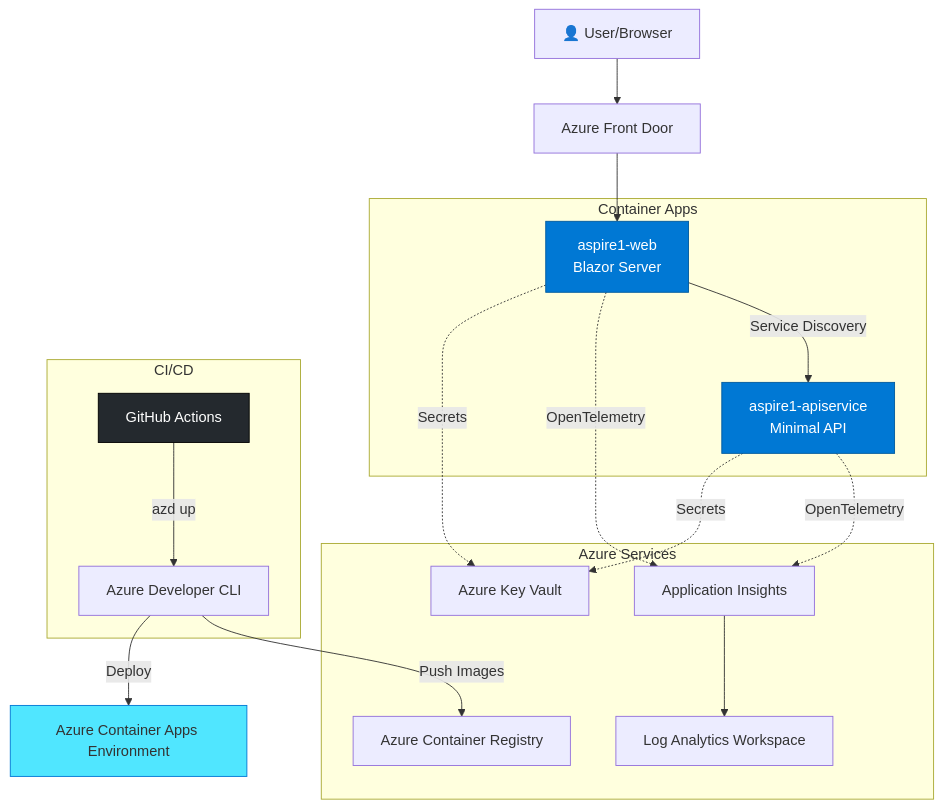
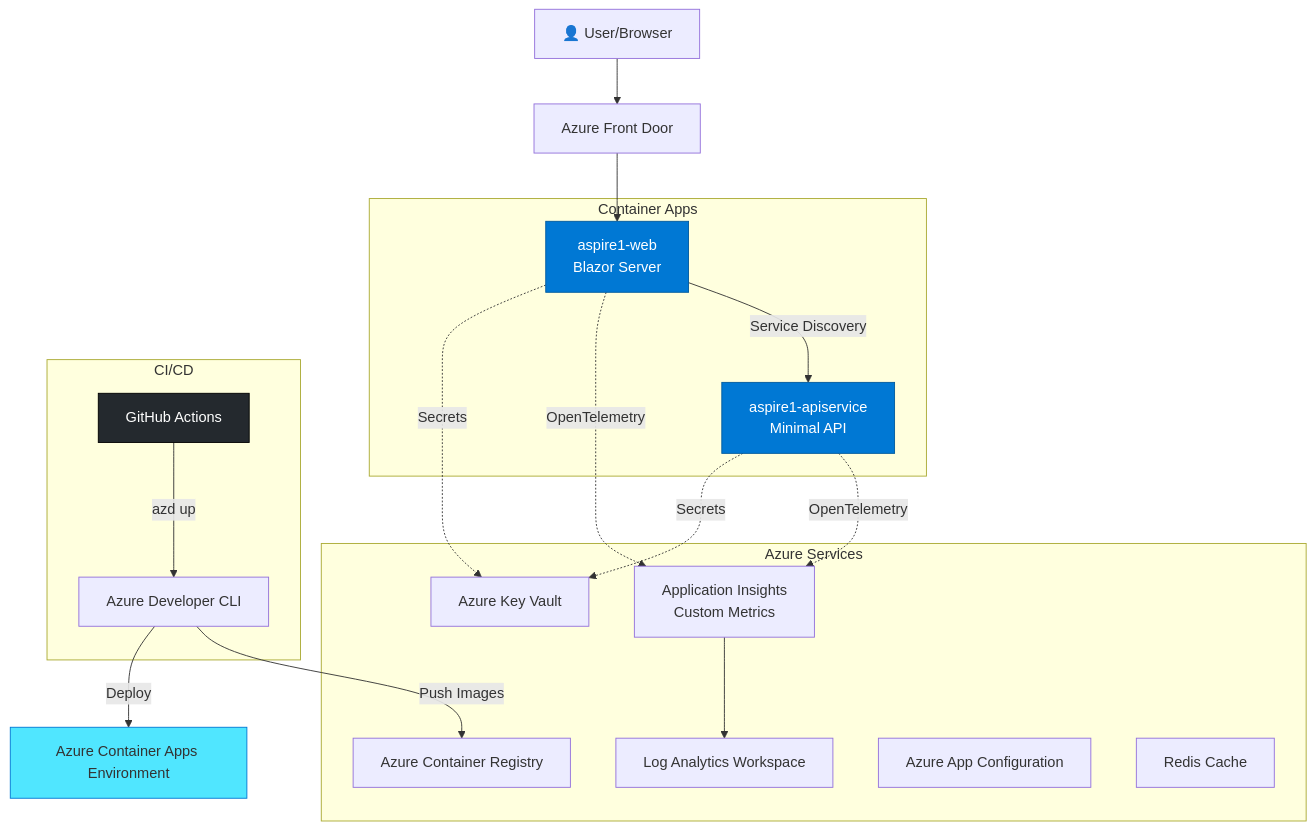
One commit to rbmathis/aspire1 changed the first of 7 diagrams in ARCHITECTURE.md. Above: the diagram before and after it, drawn with Mermaid. The commit also changed other lines of this file and 22 other files, not shown here.

````diff
--- a/ARCHITECTURE.md
+++ b/ARCHITECTURE.md
@@ -9,44 +9,46 @@
 ```mermaid
 graph TB
     User[👤 User/Browser]
     FrontDoor[Azure Front Door]
     ACAEnv[Azure Container Apps Environment]
 
     subgraph "Container Apps"
         Web[aspire1-web<br/>Blazor Server]
         API[aspire1-apiservice<br/>Minimal API]
     end
 
     subgraph "Azure Services"
         ACR[Azure Container Registry]
-        AppInsights[Application Insights]
+        AppInsights[Application Insights<br/>Custom Metrics]
         KeyVault[Azure Key Vault]
         LogAnalytics[Log Analytics Workspace]
+        AppConfig[Azure App Configuration]
+        Redis[Redis Cache]
     end
 
     subgraph "CI/CD"
         GitHub[GitHub Actions]
         AZD[Azure Developer CLI]
     end
 
     User --> FrontDoor
     FrontDoor --> Web
     Web -->|Service Discovery| API
 
     Web -.->|OpenTelemetry| AppInsights
     API -.->|OpenTelemetry| AppInsights
 
     Web -.->|Secrets| KeyVault
     API -.->|Secrets| KeyVault
 
     GitHub -->|azd up| AZD
     AZD -->|Push Images| ACR
     AZD -->|Deploy| ACAEnv
 
     AppInsights --> LogAnalytics
 
     style Web fill:#0078d4,stroke:#005a9e,color:#fff
     style API fill:#0078d4,stroke:#005a9e,color:#fff
     style ACAEnv fill:#50e6ff,stroke:#0078d4
     style GitHub fill:#24292e,stroke:#000,color:#fff
 ```
````
